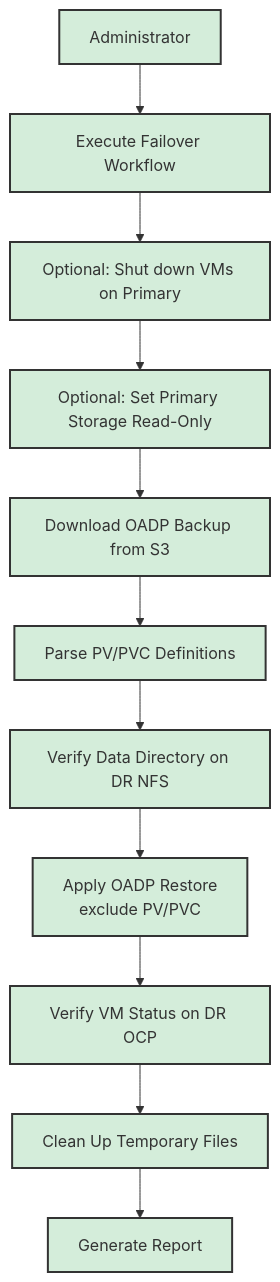
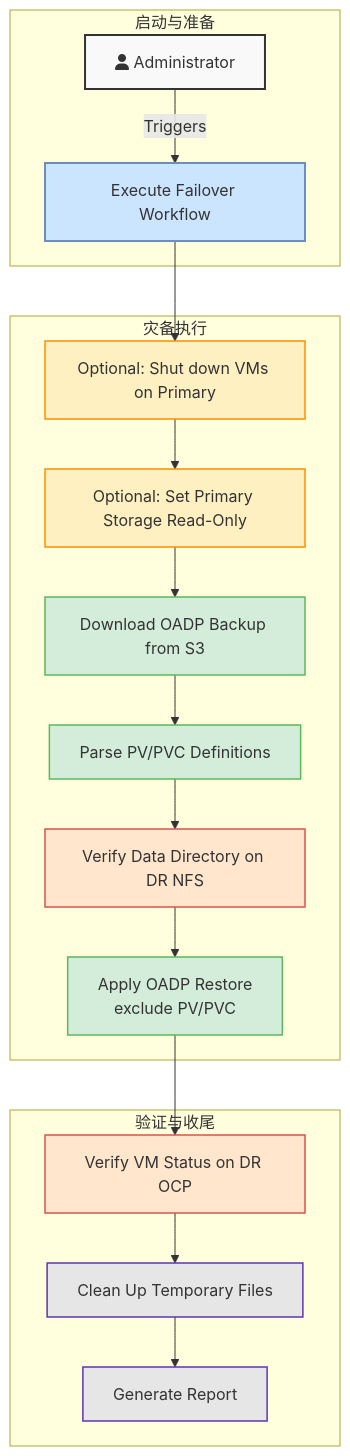
One commit to wangzheng422/ansible-dr-demo changed the third of 3 diagrams in planning/ansible-dr-design.md. Above: the diagram before and after it, drawn with Mermaid.

````diff
--- a/planning/ansible-dr-design.md
+++ b/planning/ansible-dr-design.md
@@ -126,25 +126,51 @@
 ```mermaid
 graph TD
-    I[Administrator] --> J[Execute Failover Workflow];
-    J --> K[Optional: Shut down VMs on Primary];
-    K --> L[Optional: Set Primary Storage Read-Only];
-    L --> M[Download OADP Backup from S3];
-    M --> N[Parse PV/PVC Definitions];
-    N --> O[Verify Data Directory on DR NFS];
-    O --> Q[Apply OADP Restore<br>exclude PV/PVC];
-    Q --> R[Verify VM Status on DR OCP];
-    R --> T[Clean Up Temporary Files];
-    T --> U[Generate Report];
+    subgraph "启动与准备"
+        Admin["fa:fa-user Administrator"] -- Triggers --> StartWorkflow["Execute Failover Workflow"];
+    end
 
-    style I fill:#d4edda,stroke:#333,stroke-width:2px
-    style J fill:#d4edda,stroke:#333,stroke-width:2px
-    style K fill:#d4edda,stroke:#333,stroke-width:2px
-    style L fill:#d4edda,stroke:#333,stroke-width:2px
-    style M fill:#d4edda,stroke:#333,stroke-width:2px
-    style N fill:#d4edda,stroke:#333,stroke-width:2px
-    style O fill:#d4edda,stroke:#333,stroke-width:2px
-    style Q fill:#d4edda,stroke:#333,stroke-width:2px
-    style R fill:#d4edda,stroke:#333,stroke-width:2px
-    style T fill:#d4edda,stroke:#333,stroke-width:2px
-    style U fill:#d4edda,stroke:#333,stroke-width:2px
+    subgraph "灾备执行"
+        %% direction TD
+        ShutdownVMs["Optional: Shut down VMs on Primary"]
+        StorageRO["Optional: Set Primary Storage Read-Only"]
+        DownloadBackup["Download OADP Backup from S3"]
+        ParseDefs["Parse PV/PVC Definitions"]
+        VerifyData["Verify Data Directory on DR NFS"]
+        ApplyRestore["Apply OADP Restore<br>exclude PV/PVC"]
+    end
+    
+    subgraph "验证与收尾"
+        %% direction TD
+        VerifyVMs["Verify VM Status on DR OCP"]
+        Cleanup["Clean Up Temporary Files"]
+        Report["Generate Report"]
+    end
+
+    StartWorkflow --> ShutdownVMs;
+    ShutdownVMs --> StorageRO;
+    StorageRO --> DownloadBackup;
+    DownloadBackup --> ParseDefs;
+    ParseDefs --> VerifyData;
+    VerifyData --> ApplyRestore;
+    ApplyRestore --> VerifyVMs;
+    VerifyVMs --> Cleanup;
+    Cleanup --> Report;
+
+    %% Styling
+    %% Phase 1: Initiation
+    style Admin fill:#f9f9f9,stroke:#333,stroke-width:2px
+    style StartWorkflow fill:#cce5ff,stroke:#6c8ebf,stroke-width:2px
+    
+    %% Phase 2: Execution
+    style ShutdownVMs fill:#fff0c1,stroke:#ff8f00,stroke-width:1.5px
+    style StorageRO fill:#fff0c1,stroke:#ff8f00,stroke-width:1.5px
+    style DownloadBackup fill:#d4edda,stroke:#5cb85c,stroke-width:1.5px
+    style ParseDefs fill:#d4edda,stroke:#5cb85c,stroke-width:1.5px
+    style VerifyData fill:#ffe6cc,stroke:#d9534f,stroke-width:1.5px
+    style ApplyRestore fill:#d4edda,stroke:#5cb85c,stroke-width:1.5px
+
+    %% Phase 3: Verification & Finalization
+    style VerifyVMs fill:#ffe6cc,stroke:#d9534f,stroke-width:1.5px
+    style Cleanup fill:#e6e6e6,stroke:#5e35b1,stroke-width:1.5px
+    style Report fill:#e6e6e6,stroke:#5e35b1,stroke-width:1.5px
 ```
````
